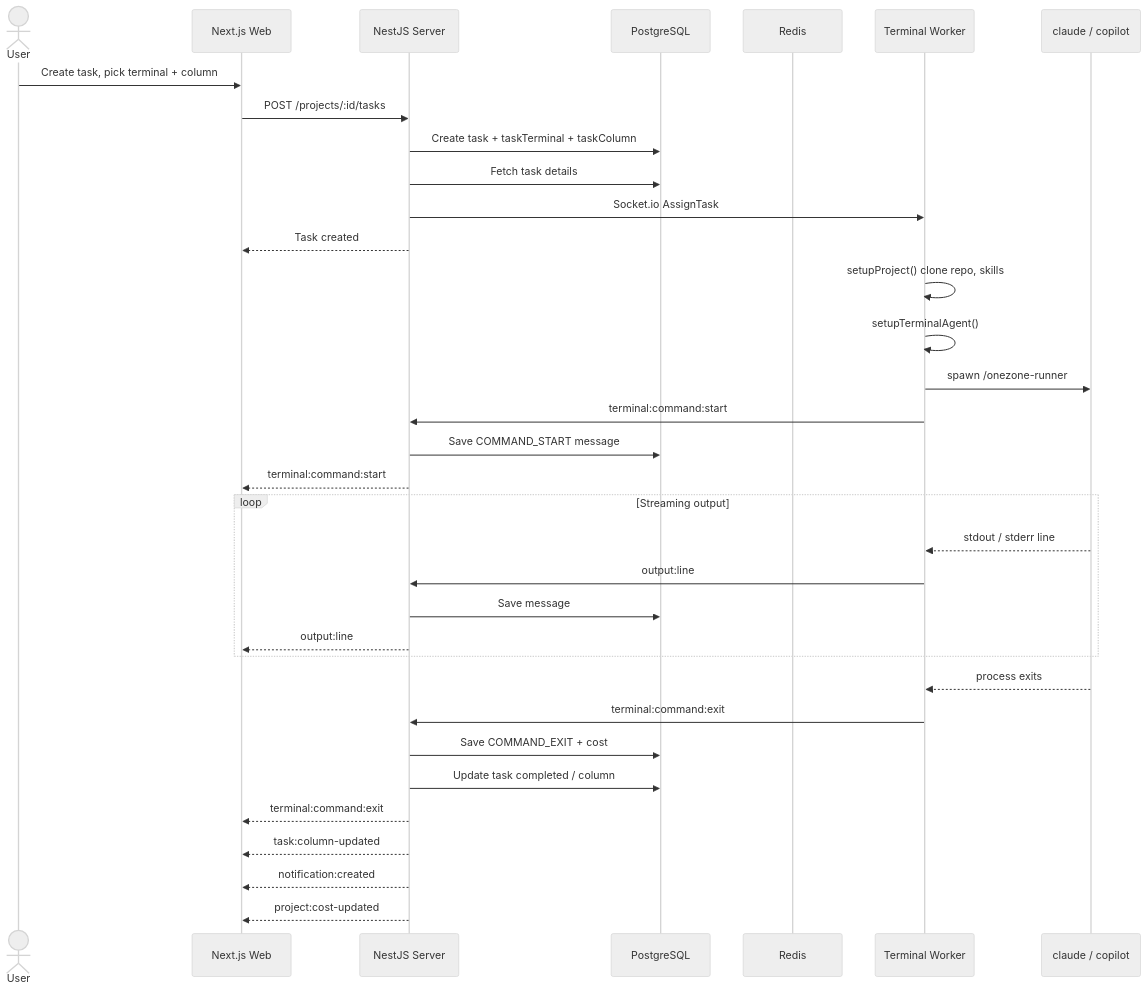
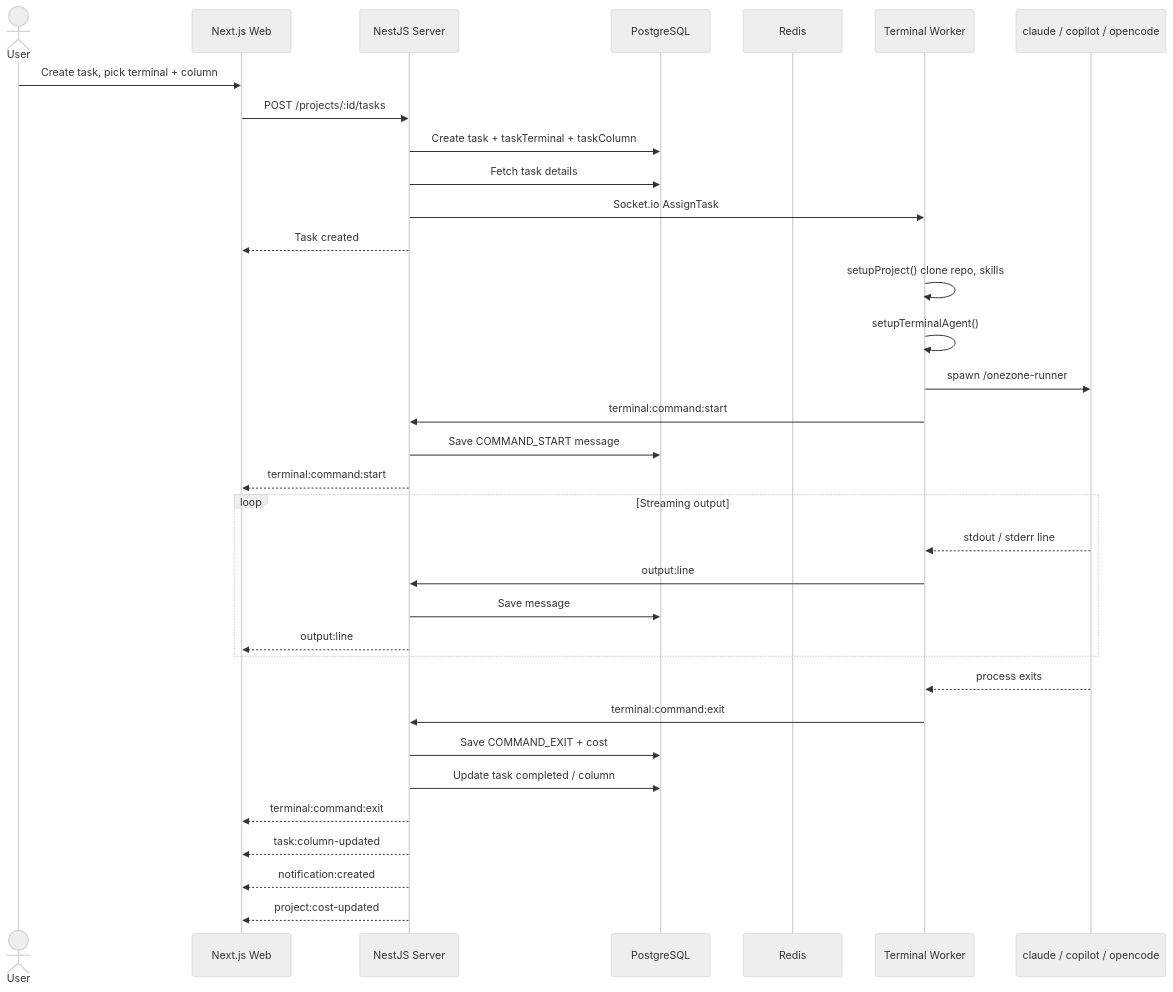
The ninth of 9 diagrams in ARCHITECTURE.md (sergiubutnarasu/onezone), drawn with Mermaid (neutral theme) before and after one commit. The commit also changed other lines of this file and 5 other files, not shown here.

````diff
--- a/ARCHITECTURE.md
+++ b/ARCHITECTURE.md
@@ -334,40 +337,40 @@
 ```mermaid
 sequenceDiagram
     actor User
     participant Web as Next.js Web
     participant Server as NestJS Server
     participant DB as PostgreSQL
     participant Redis as Redis
     participant Terminal as Terminal Worker
-    participant Agent as claude / copilot
+    participant Agent as claude / copilot / opencode
 
     User->>Web: Create task, pick terminal + column
     Web->>Server: POST /projects/:id/tasks
     Server->>DB: Create task + taskTerminal + taskColumn
     Server->>DB: Fetch task details
     Server->>Terminal: Socket.io AssignTask
     Server-->>Web: Task created
 
     Terminal->>Terminal: setupProject() clone repo, skills
     Terminal->>Terminal: setupTerminalAgent()
     Terminal->>Agent: spawn /onezone-runner
     Terminal->>Server: terminal:command:start
     Server->>DB: Save COMMAND_START message
     Server-->>Web: terminal:command:start
 
     loop Streaming output
         Agent-->>Terminal: stdout / stderr line
         Terminal->>Server: output:line
         Server->>DB: Save message
         Server-->>Web: output:line
     end
 
     Agent-->>Terminal: process exits
     Terminal->>Server: terminal:command:exit
     Server->>DB: Save COMMAND_EXIT + cost
     Server->>DB: Update task completed / column
     Server-->>Web: terminal:command:exit
     Server-->>Web: task:column-updated
     Server-->>Web: notification:created
     Server-->>Web: project:cost-updated
 ```
````
